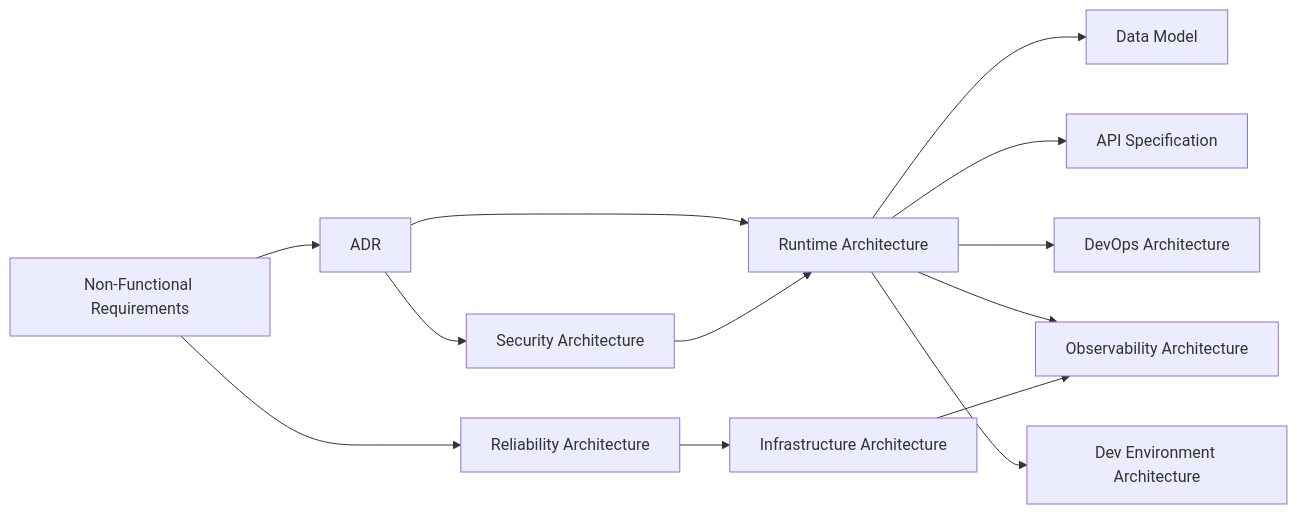
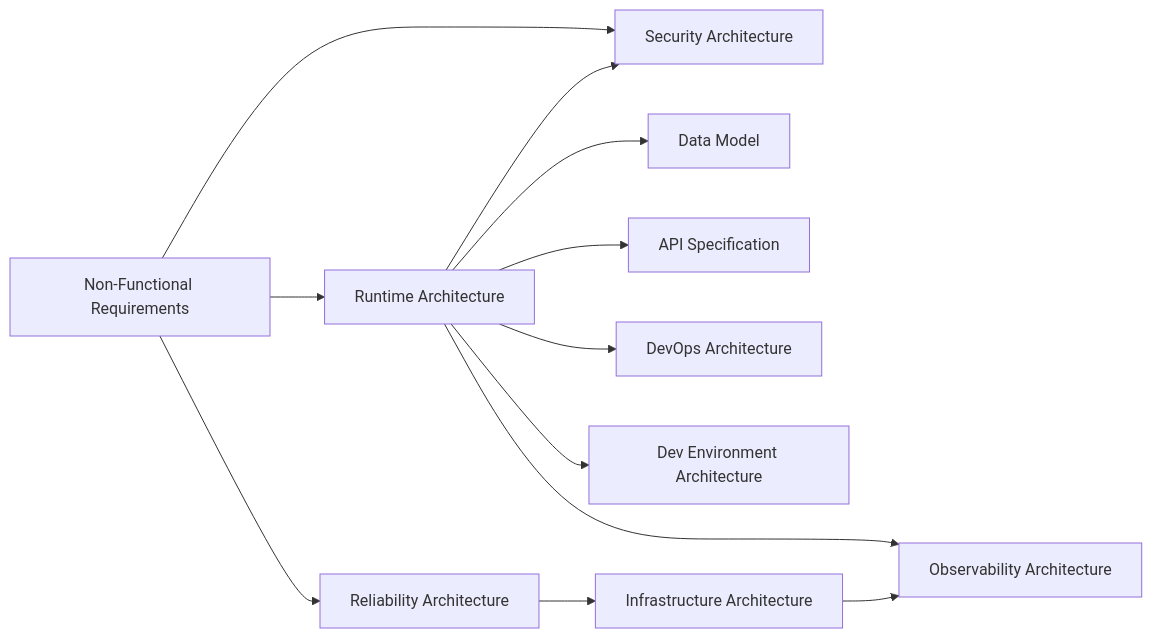
Before and after one commit to mahitotsu/ukiyoue: the fifth of 15 diagrams in specs/artifact-taxonomy.md, drawn with Mermaid. The commit also changed other lines of this file, not shown here.

First line of the commit message:
docs: ADRを継続的活動として表現するようフロー図修正

````diff
--- a/specs/artifact-taxonomy.md
+++ b/specs/artifact-taxonomy.md
@@ -1096,19 +1096,16 @@
 ```mermaid
 graph LR
-    NonFuncReq[Non-Functional Requirements] --> ADR[ADR]
+    NonFuncReq[Non-Functional Requirements] --> RuntimeArch[Runtime Architecture]
+    NonFuncReq --> SecArch[Security Architecture]
     NonFuncReq --> ReliArch[Reliability Architecture]
-
-    ADR --> RuntimeArch[Runtime Architecture]
-    ADR --> SecArch[Security Architecture]
 
     RuntimeArch --> DataModel[Data Model]
     RuntimeArch --> API[API Specification]
     RuntimeArch --> DevOpsArch[DevOps Architecture]
     RuntimeArch --> ObservArch[Observability Architecture]
     RuntimeArch --> DevEnvArch[Dev Environment Architecture]
+    RuntimeArch --> SecArch
 
     ReliArch --> InfraArch[Infrastructure Architecture]
     InfraArch --> ObservArch
-
-    SecArch --> RuntimeArch
 ```
````
